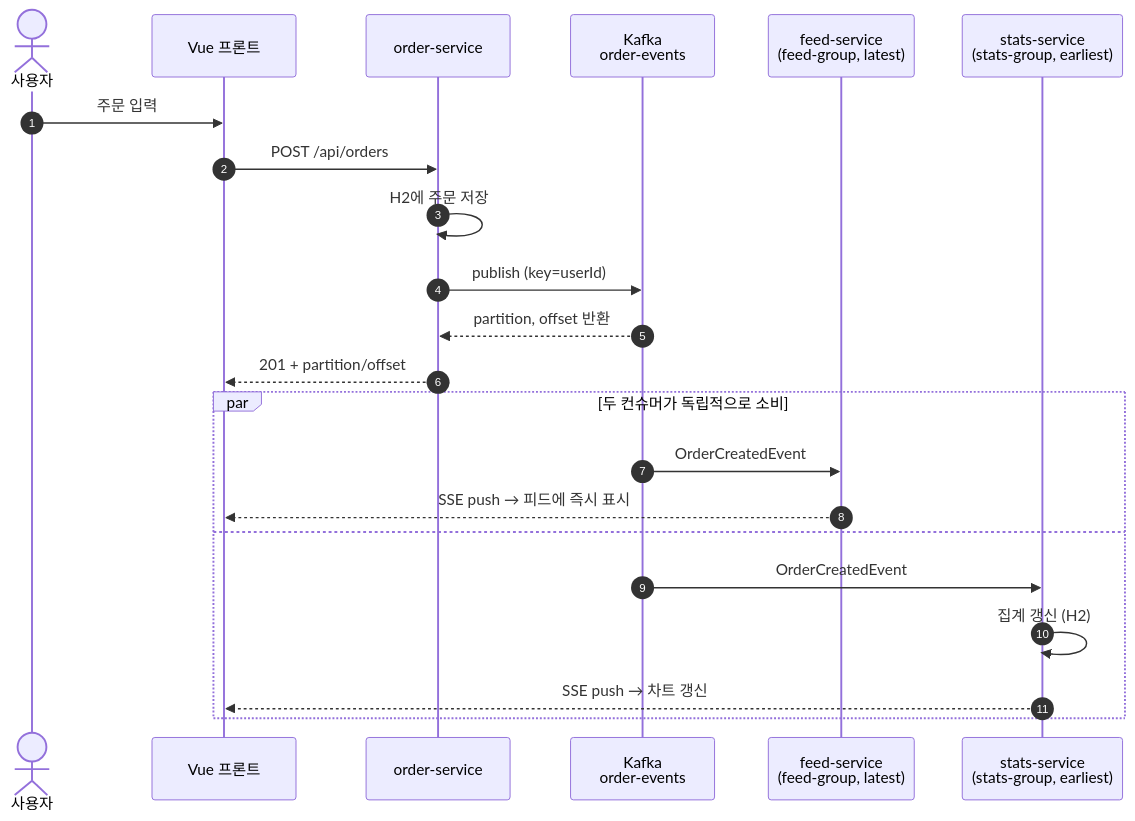
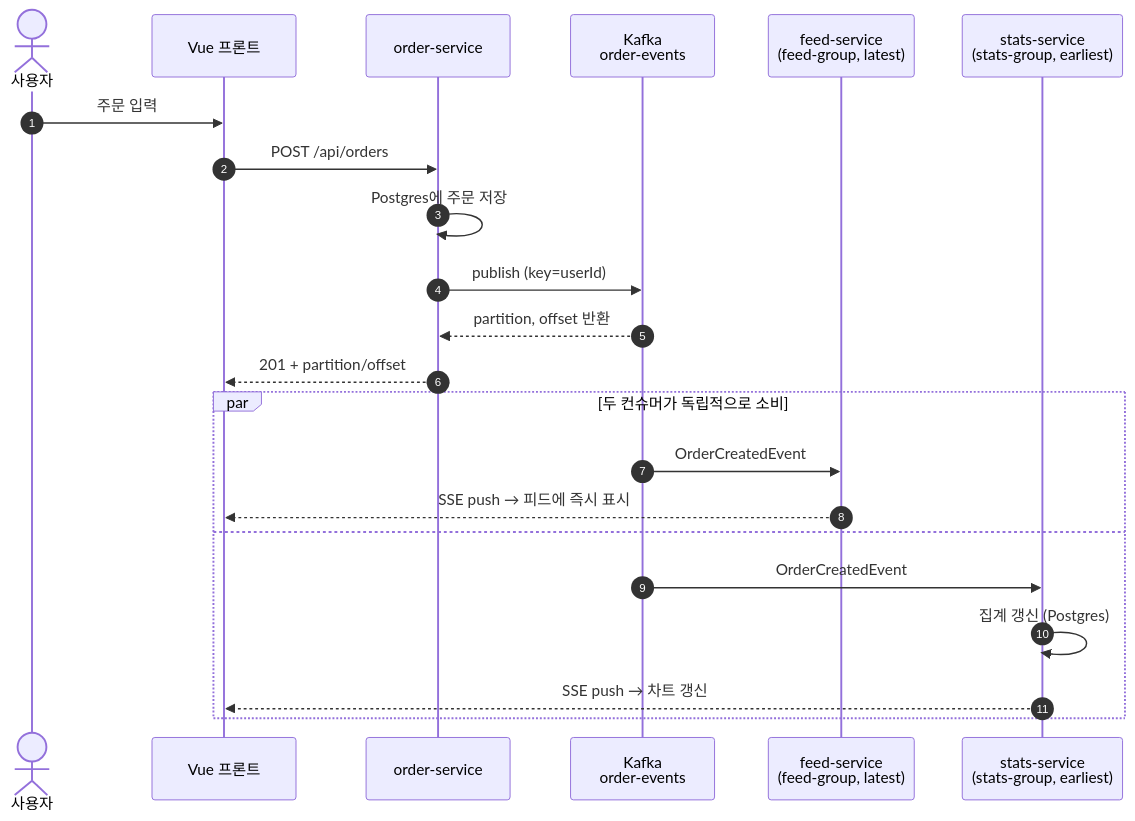
The second of 6 diagrams in docs/planning/02-architecture.md (ytw9699/kafka_study), drawn with Mermaid before and after one commit. The commit also changed other lines of this file and 17 other files, not shown here.

````diff
--- a/docs/planning/02-architecture.md
+++ b/docs/planning/02-architecture.md
@@ -107,26 +112,26 @@
 ```mermaid
 sequenceDiagram
     autonumber
     actor U as 사용자
     participant FE as Vue 프론트
     participant OS as order-service
     participant K as Kafka<br/>order-events
     participant FS as feed-service<br/>(feed-group, latest)
     participant SS as stats-service<br/>(stats-group, earliest)
 
     U->>FE: 주문 입력
     FE->>OS: POST /api/orders
-    OS->>OS: H2에 주문 저장
+    OS->>OS: Postgres에 주문 저장
     OS->>K: publish (key=userId)
     K-->>OS: partition, offset 반환
     OS-->>FE: 201 + partition/offset
 
     par 두 컨슈머가 독립적으로 소비
         K->>FS: OrderCreatedEvent
         FS-->>FE: SSE push → 피드에 즉시 표시
     and
         K->>SS: OrderCreatedEvent
-        SS->>SS: 집계 갱신 (H2)
+        SS->>SS: 집계 갱신 (Postgres)
         SS-->>FE: SSE push → 차트 갱신
     end
 ```
````
